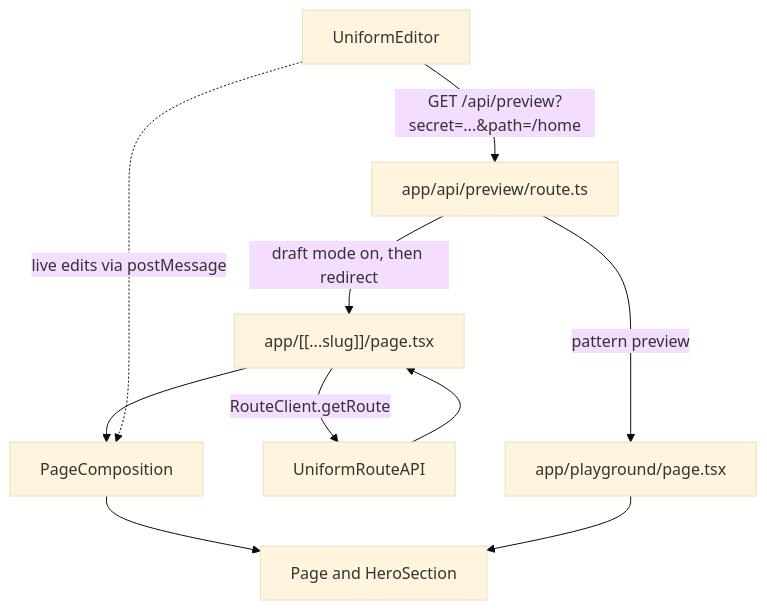
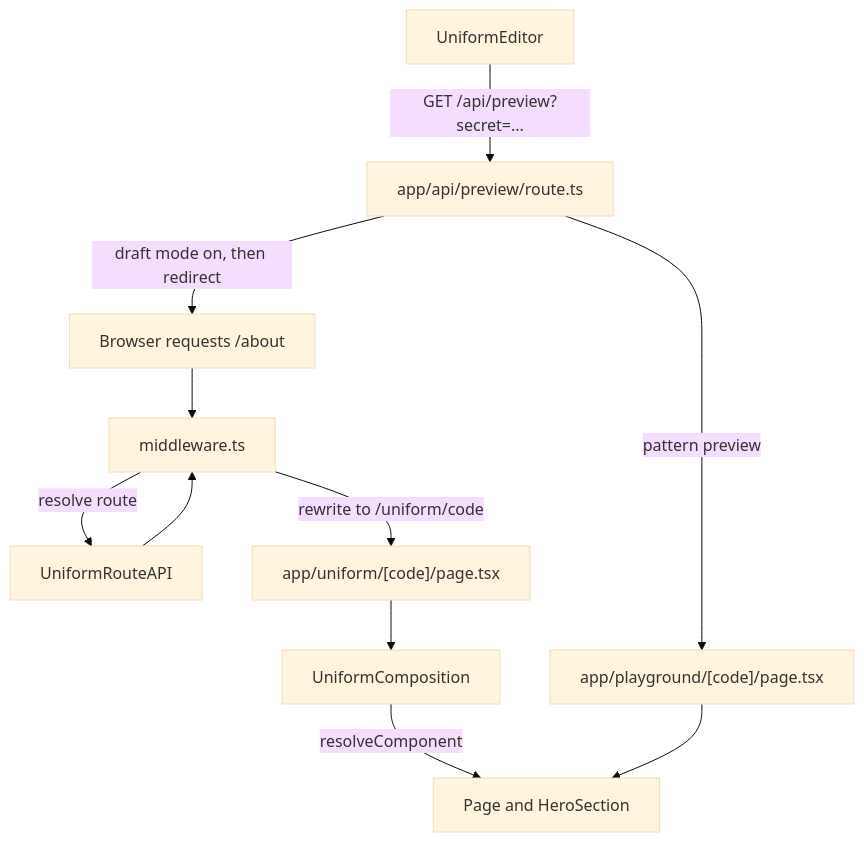
One commit to curletteDX/summit-and-stone-app-router changed the diagram in docs/uniform-app-router-guide.md. Above: the diagram before and after it, drawn with Mermaid (base theme). The commit also changed other lines of this file and 30 other files, not shown here.

First line of the commit message:
Step 2: Connect the app to Uniform with middleware routing

````diff
--- a/docs/uniform-app-router-guide.md
+++ b/docs/uniform-app-router-guide.md
@@ -14,12 +16,13 @@
 ```mermaid
 flowchart TD
-  editor[UniformEditor] -->|"GET /api/preview?secret=...&path=/home"| previewRoute[app/api/preview/route.ts]
-  previewRoute -->|"draft mode on, then redirect"| slugPage["app/[[...slug]]/page.tsx"]
-  previewRoute -->|"pattern preview"| playgroundPage[app/playground/page.tsx]
-  slugPage -->|"RouteClient.getRoute"| uniformApi[UniformRouteAPI]
-  uniformApi --> slugPage
-  slugPage --> pageComposition[PageComposition]
-  pageComposition --> components[Page and HeroSection]
+  browser[Browser requests /about] --> middleware[middleware.ts]
+  middleware -->|"resolve route"| uniformApi[UniformRouteAPI]
+  uniformApi --> middleware
+  middleware -->|"rewrite to /uniform/code"| uniformPage["app/uniform/[code]/page.tsx"]
+  uniformPage --> composition[UniformComposition]
+  composition -->|"resolveComponent"| components[Page and HeroSection]
+  editor[UniformEditor] -->|"GET /api/preview?secret=..."| previewRoute[app/api/preview/route.ts]
+  previewRoute -->|"draft mode on, then redirect"| browser
+  previewRoute -->|"pattern preview"| playgroundPage["app/playground/[code]/page.tsx"]
   playgroundPage --> components
-  editor -.->|"live edits via postMessage"| pageComposition
 ```
````
